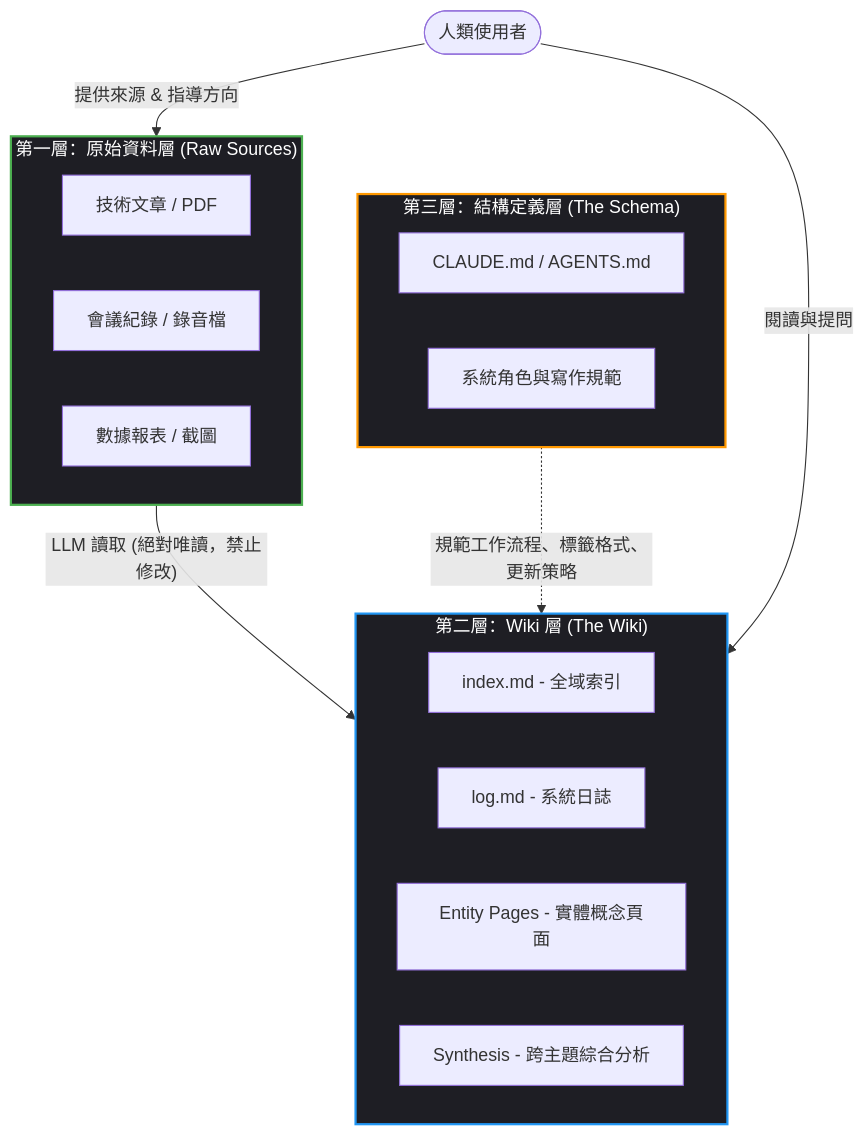
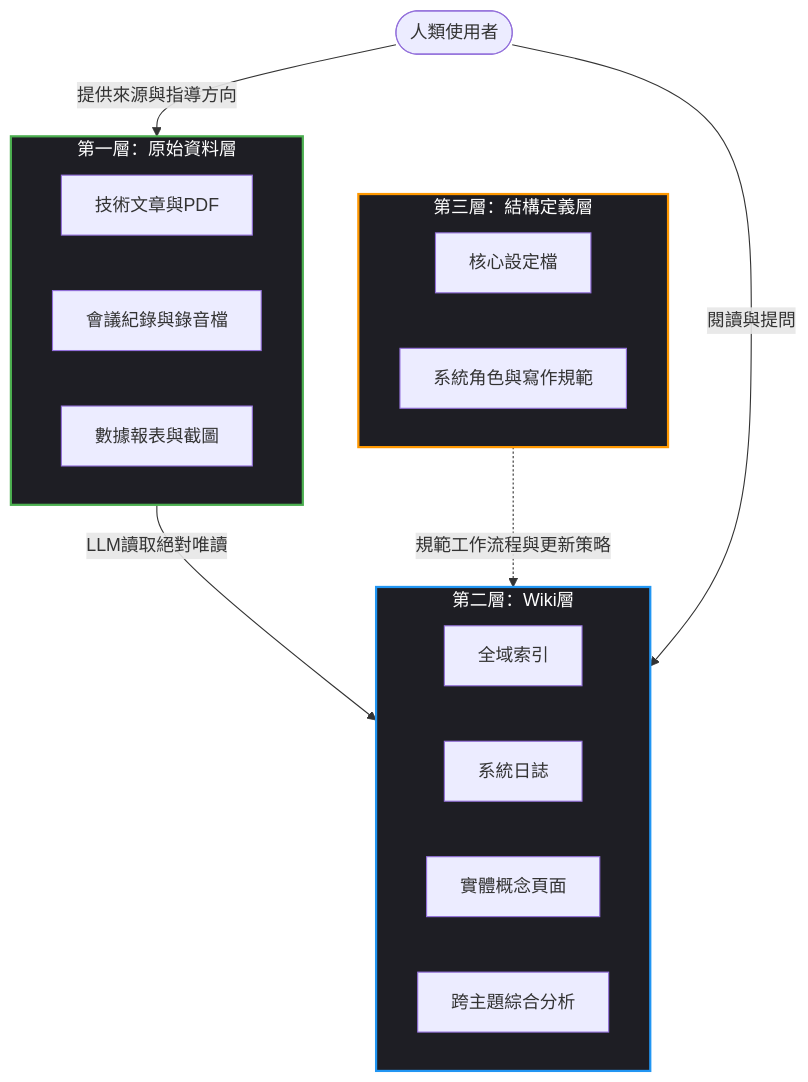
One commit to LinkGitData/hugo changed the diagram in link-blog/content/posts/llm-wiki.md. Above: the diagram before and after it, drawn with Mermaid. The commit also changed 1 other file, not shown here.

Commit message:
fix(blog): remove quotes and special characters from mermaid labels for older version compatibility

```diff
--- a/link-blog/content/posts/llm-wiki.md
+++ b/link-blog/content/posts/llm-wiki.md
@@ -61,29 +61,29 @@
 {{< mermaid >}}
-flowchart TD
-    subgraph Layer1 ["第一層：原始資料層 (Raw Sources)"]
-        A1["技術文章 / PDF"]
-        A2["會議紀錄 / 錄音檔"]
-        A3["數據報表 / 截圖"]
+graph TD
+    subgraph Layer1 [第一層：原始資料層]
+        A1[技術文章與PDF]
+        A2[會議紀錄與錄音檔]
+        A3[數據報表與截圖]
     end
     
-    subgraph Layer2 ["第二層：Wiki 層 (The Wiki)"]
-        B1["index.md - 全域索引"]
-        B2["log.md - 系統日誌"]
-        B3["Entity Pages - 實體概念頁面"]
-        B4["Synthesis - 跨主題綜合分析"]
+    subgraph Layer2 [第二層：Wiki層]
+        B1[全域索引]
+        B2[系統日誌]
+        B3[實體概念頁面]
+        B4[跨主題綜合分析]
     end
     
-    subgraph Layer3 ["第三層：結構定義層 (The Schema)"]
-        C1["CLAUDE.md / AGENTS.md"]
-        C2["系統角色與寫作規範"]
+    subgraph Layer3 [第三層：結構定義層]
+        C1[核心設定檔]
+        C2[系統角色與寫作規範]
     end
 
-    Layer1 -- "LLM 讀取 (絕對唯讀，禁止修改)" --> Layer2
-    Layer3 -. "規範工作流程、標籤格式、更新策略" .-> Layer2
-    User(["人類使用者"]) -- "提供來源 & 指導方向" --> Layer1
-    User -- "閱讀與提問" --> Layer2
+    Layer1 -->|LLM讀取絕對唯讀| Layer2
+    Layer3 -.->|規範工作流程與更新策略| Layer2
+    User([人類使用者]) -->|提供來源與指導方向| Layer1
+    User -->|閱讀與提問| Layer2
     
     style Layer1 fill:#1e1e24,stroke:#4caf50,stroke-width:2px,color:#fff
     style Layer2 fill:#1e1e24,stroke:#2196f3,stroke-width:2px,color:#fff
     style Layer3 fill:#1e1e24,stroke:#ff9800,stroke-width:2px,color:#fff
 {{< /mermaid >}}
```
